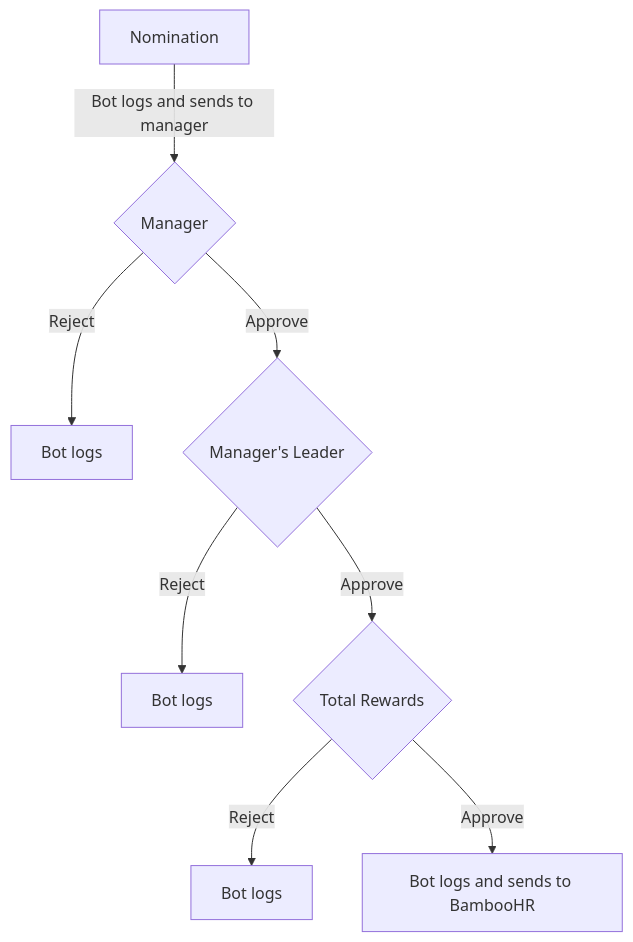
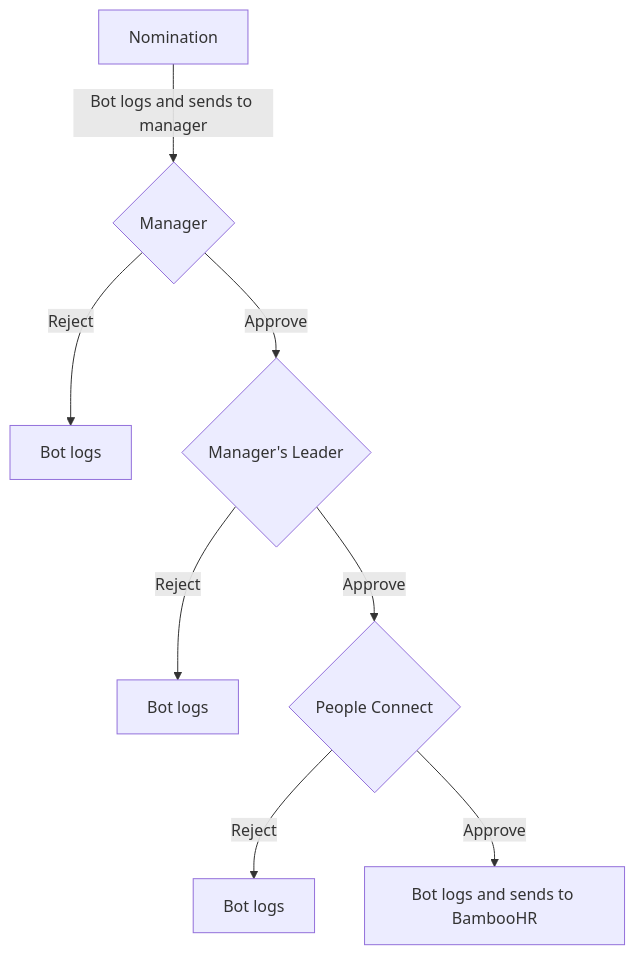
One commit to secretstartups/handbook changed the diagram in incentives/index.html.md. Above: the diagram before and after it, drawn with Mermaid. The commit also changed other lines of this file, not shown here.

Commit message:
Update: Bonus Processes to People Connect

````diff
--- a/incentives/index.html.md
+++ b/incentives/index.html.md
@@ -141,13 +141,13 @@
 ```mermaid
 graph TD;
   A[Nomination] -->|Bot logs and sends to manager| C;
   C{Manager}
   C -->|Reject| D[Bot logs];
   C -->|Approve| F;
   F{Manager's Leader}
   F -->|Reject| H[Bot logs];
   F -->|Approve| L;
-  L{Total Rewards}
+  L{People Connect}
   L -->|Reject| M[Bot logs];
   L -->|Approve| N[Bot logs and sends to BambooHR];
 ```
````
